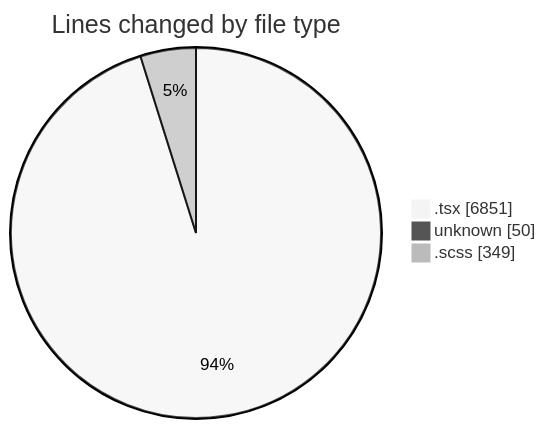
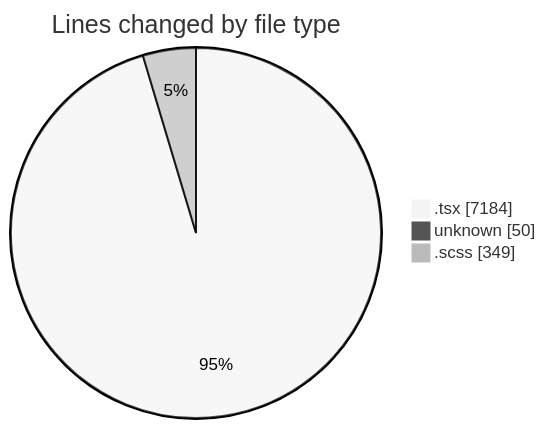
The first of 2 diagrams in 2025-12-05/cda/README.md (momahboobian/code-tracking), drawn with Mermaid (neutral theme) before and after one commit. The commit also changed other lines of this file and 1 other file, not shown here.

````diff
--- a/2025-12-05/cda/README.md
+++ b/2025-12-05/cda/README.md
@@ -33,7 +34,7 @@
 ```mermaid
 pie showData
 title Lines changed by file type
-".tsx" : 6851
+".tsx" : 7184
 "unknown" : 50
 ".scss" : 349
 ```
````
